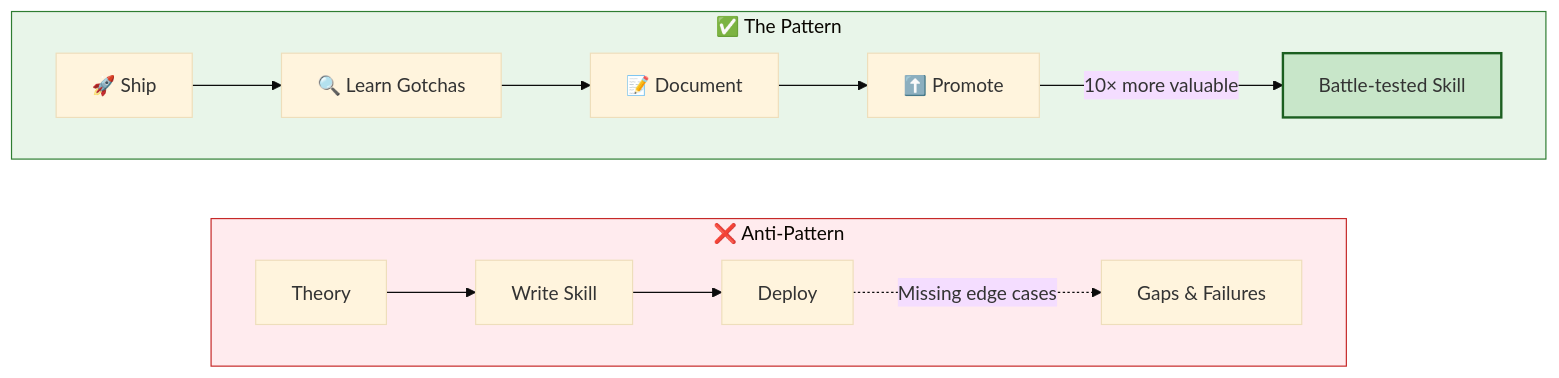
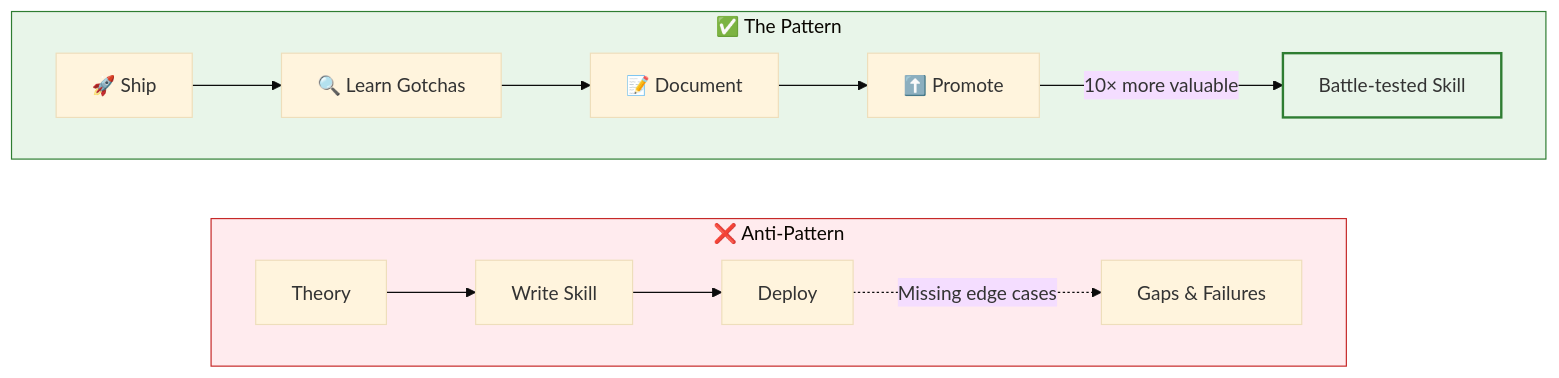
The fourth of 17 diagrams in alex_docs/AI-ASSISTED-DEVELOPMENT-METHODOLOGY.md (fabioc-aloha/Alex_Plug_In), drawn with Mermaid (base theme) before and after one commit. The commit also changed other lines of this file, not shown here.

First line of the commit message:
style: polish Mermaid diagrams with GitHub-compatible color scheme

````diff
--- a/alex_docs/AI-ASSISTED-DEVELOPMENT-METHODOLOGY.md
+++ b/alex_docs/AI-ASSISTED-DEVELOPMENT-METHODOLOGY.md
@@ -310,18 +310,18 @@
 ```mermaid
 flowchart LR
     subgraph Anti["❌ Anti-Pattern"]
         direction LR
         T1["Theory"] --> W1["Write Skill"] --> D1["Deploy"]
         D1 -.->|"Missing edge cases"| X1["Gaps & Failures"]
     end
 
     subgraph Pattern["✅ The Pattern"]
         direction LR
         S2["🚀 Ship"] --> L2["🔍 Learn Gotchas"] --> D2["📝 Document"] --> P2["⬆️ Promote"]
         P2 -->|"10× more valuable"| SK2["Battle-tested Skill"]
     end
 
     style Anti fill:#ffebee,stroke:#c62828
     style Pattern fill:#e8f5e9,stroke:#2e7d32
-    style SK2 fill:#c8e6c9,stroke:#1b5e20,stroke-width:2px
+    style SK2 fill:#e8f5e9,stroke:#2e7d32,stroke-width:2px
 ```
````
